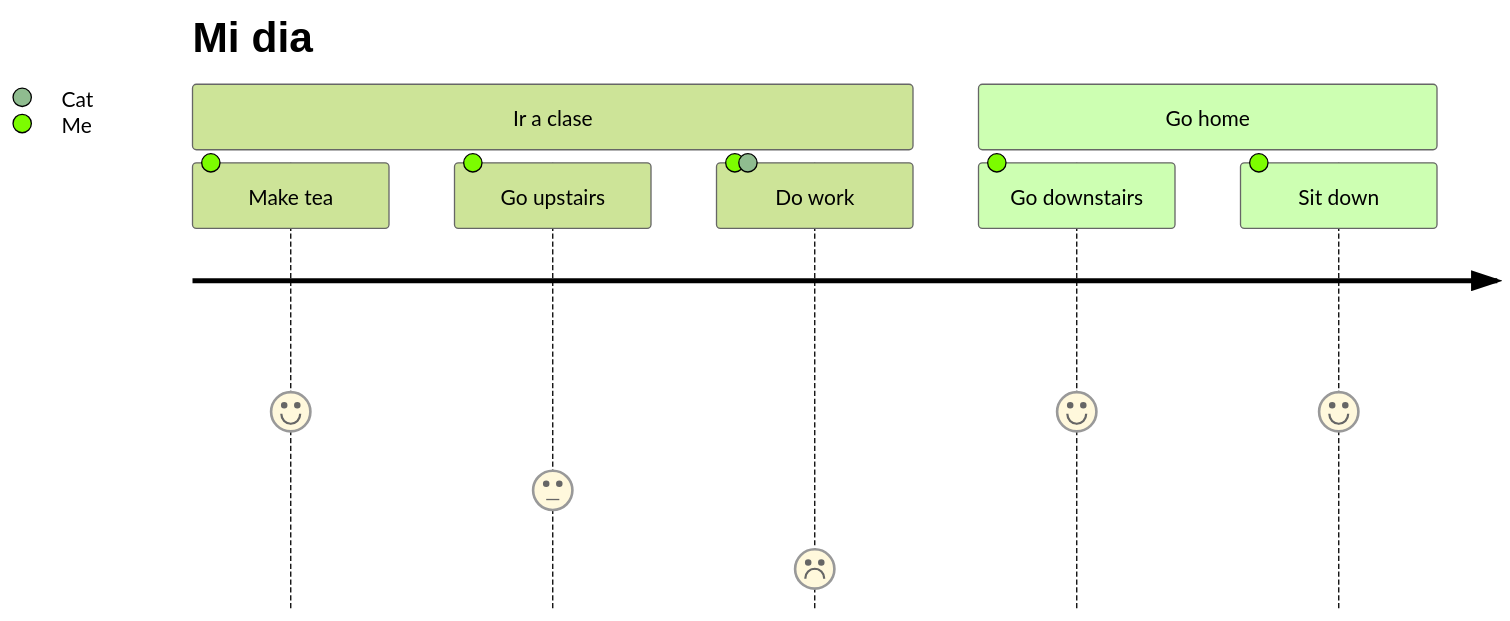
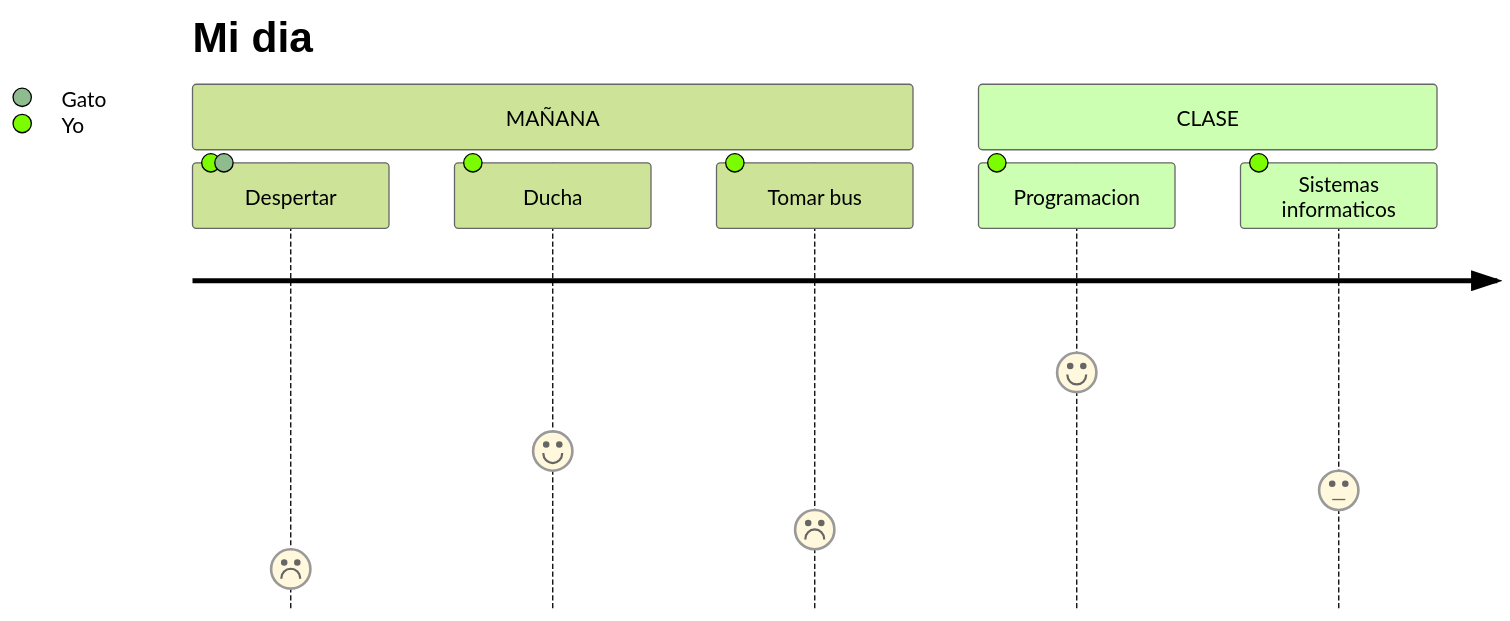
One commit to samueldam1/diagramaMarkdown changed the seventh of 7 diagrams in README.md. Above: the diagram before and after it, drawn with Mermaid (forest theme). The commit also changed other lines of this file, not shown here.

````diff
--- a/README.md
+++ b/README.md
@@ -77,11 +78,11 @@
 ```mermaid
 journey
     title Mi dia
-    section Ir a clase
-      Make tea: 5: Me
-      Go upstairs: 3: Me
-      Do work: 1: Me, Cat
-    section Go home
-      Go downstairs: 5: Me
-      Sit down: 5: Me
+    section MAÑANA
+      Despertar: 1: Yo, Gato
+      Ducha: 4: Yo
+      Tomar bus: 2: Yo
+    section CLASE
+      Programacion: 6: Yo
+      Sistemas informaticos: 3: Yo
 ```
````
